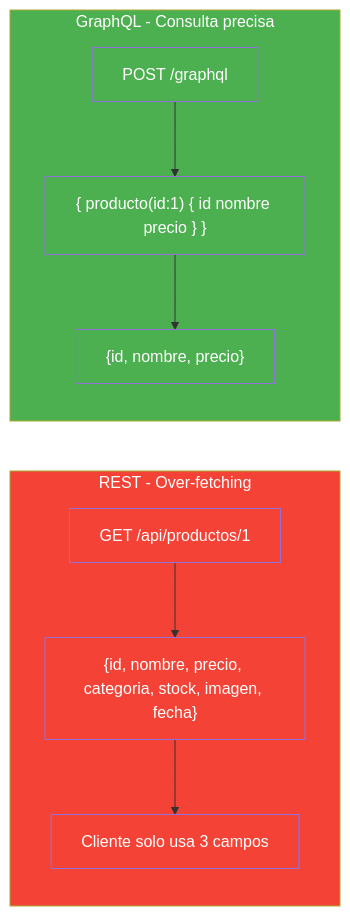
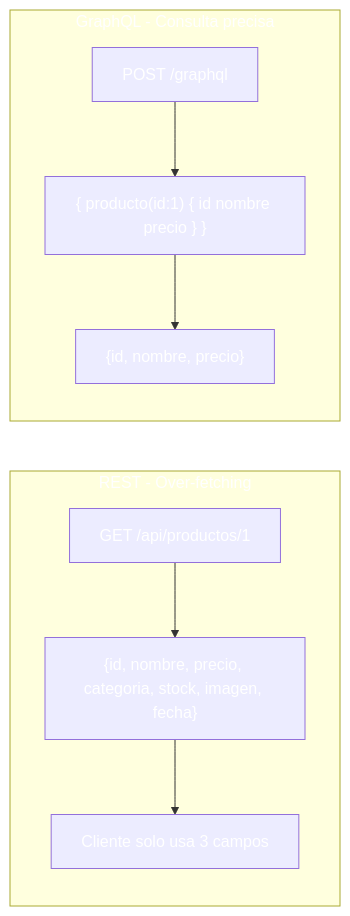
The first of 10 diagrams in 19-graphql.md (joseluisgs/DesarrolloWebEntornosServidor-02-2026-2027), drawn with Mermaid before and after one commit. The commit also changed other lines of this file and 41 other files, not shown here.

````diff
--- a/19-graphql.md
+++ b/19-graphql.md
@@ -68,21 +68,21 @@
 ```mermaid
 graph LR
     subgraph REST["REST - Over-fetching"]
         R1["GET /api/productos/1"] --> R2["{id, nombre, precio, categoria, stock, imagen, fecha}"]
         R2 --> R3["Cliente solo usa 3 campos"]
     end
 
     subgraph GQL["GraphQL - Consulta precisa"]
         G1["POST /graphql"] --> G2["{ producto(id:1) { id nombre precio } }"]
         G2 --> G3["{id, nombre, precio}"]
     end
 
-    style REST fill:#f44336,color:#fff
-    style GQL fill:#4CAF50,color:#fff
-    style R1 fill:#f44336,color:#fff
-    style R2 fill:#f44336,color:#fff
-    style R3 fill:#f44336,color:#fff
-    style G1 fill:#4CAF50,color:#fff
-    style G2 fill:#4CAF50,color:#fff
-    style G3 fill:#4CAF50,color:#fff
+    style REST fill:#f4433,color:#fff6,color:#fff
+    style GQL fill:#4CAF5,color:#fff0,color:#fff
+    style R1 fill:#f4433,color:#fff6,color:#fff
+    style R2 fill:#f4433,color:#fff6,color:#fff
+    style R3 fill:#f4433,color:#fff6,color:#fff
+    style G1 fill:#4CAF5,color:#fff0,color:#fff
+    style G2 fill:#4CAF5,color:#fff0,color:#fff
+    style G3 fill:#4CAF5,color:#fff0,color:#fff
 ```
````
